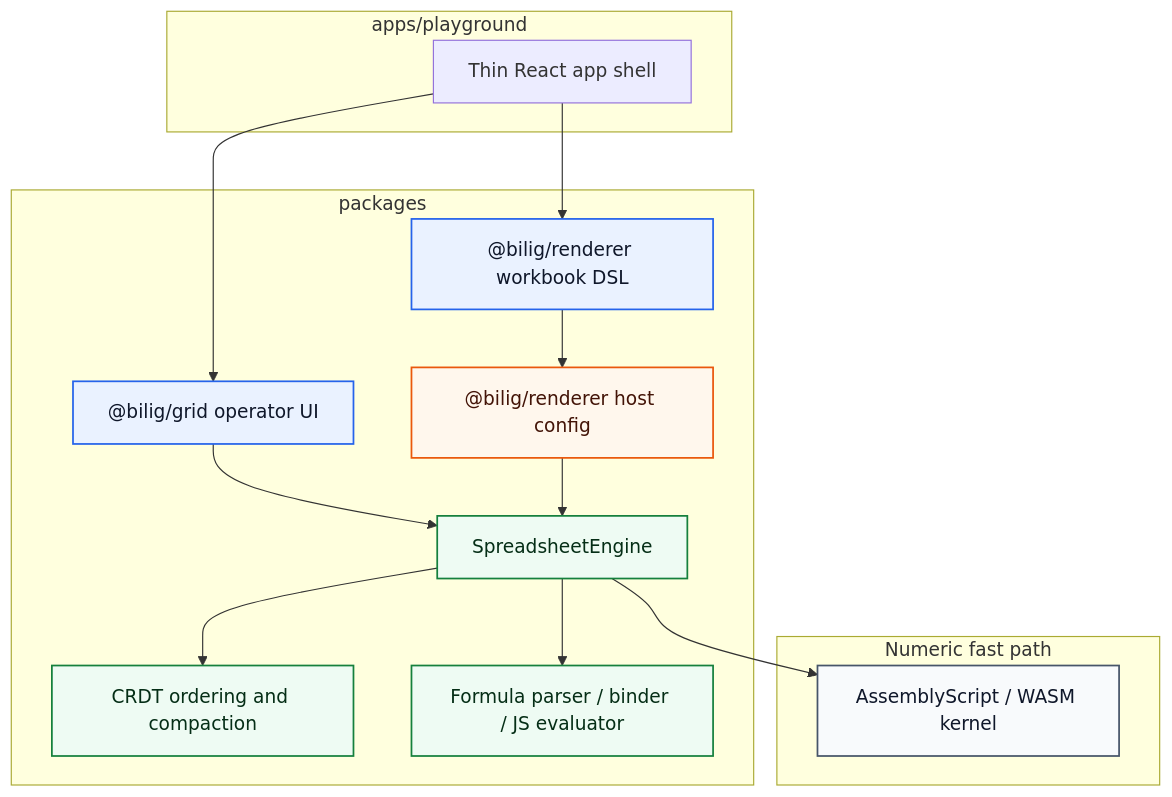
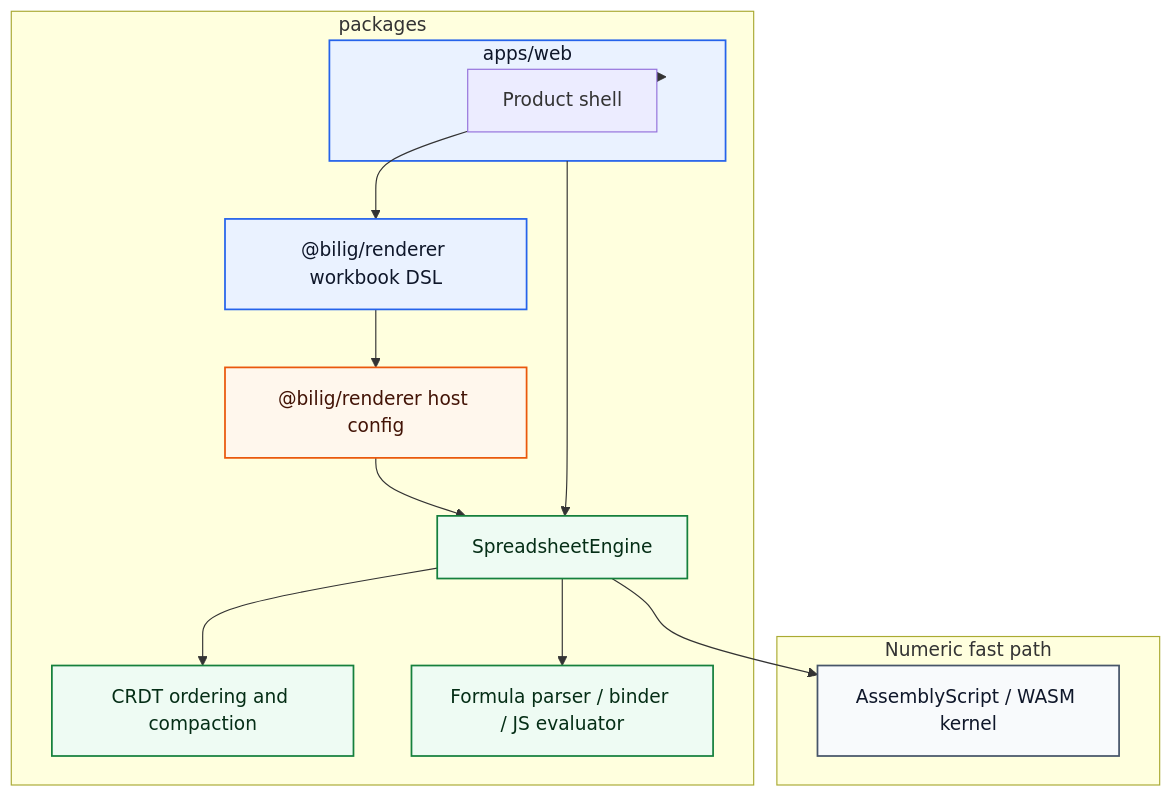
The first of 2 diagrams in docs/reconciler-layering.md (proompteng/bilig), drawn with Mermaid before and after one commit. The commit also changed other lines of this file and 107 other files, not shown here.

First line of the commit message:
refactor: remove deprecated playground shell (#1)

````diff
--- a/docs/reconciler-layering.md
+++ b/docs/reconciler-layering.md
@@ -5,38 +5,38 @@
 ```mermaid
 flowchart TB
   classDef react fill:#eaf2ff,stroke:#2563eb,color:#0f172a,stroke-width:1.5px
   classDef adapter fill:#fff7ed,stroke:#ea580c,color:#431407,stroke-width:1.5px
   classDef core fill:#eefbf3,stroke:#15803d,color:#052e16,stroke-width:1.5px
   classDef wasm fill:#f8fafc,stroke:#475569,color:#0f172a,stroke-width:1.5px
 
-  subgraph PG["apps/playground"]
-    APP["Thin React app shell"]
+  subgraph UI["apps/web"]
+    APP["Product shell"]
   end
 
   subgraph PKG["packages"]
     JSX["@bilig/renderer workbook DSL"]
     REC["@bilig/renderer host config"]
     UI["@bilig/grid operator UI"]
     ENG["SpreadsheetEngine"]
     CRDT["CRDT ordering and compaction"]
     FORM["Formula parser / binder / JS evaluator"]
   end
 
   subgraph FAST["Numeric fast path"]
     WASM["AssemblyScript / WASM kernel"]
   end
 
   APP --> JSX
   APP --> UI
   JSX --> REC
   UI --> ENG
   REC --> ENG
   ENG --> CRDT
   ENG --> FORM
   ENG --> WASM
 
   class JSX,UI react
   class REC adapter
   class ENG,CRDT,FORM core
   class WASM wasm
 ```
````
